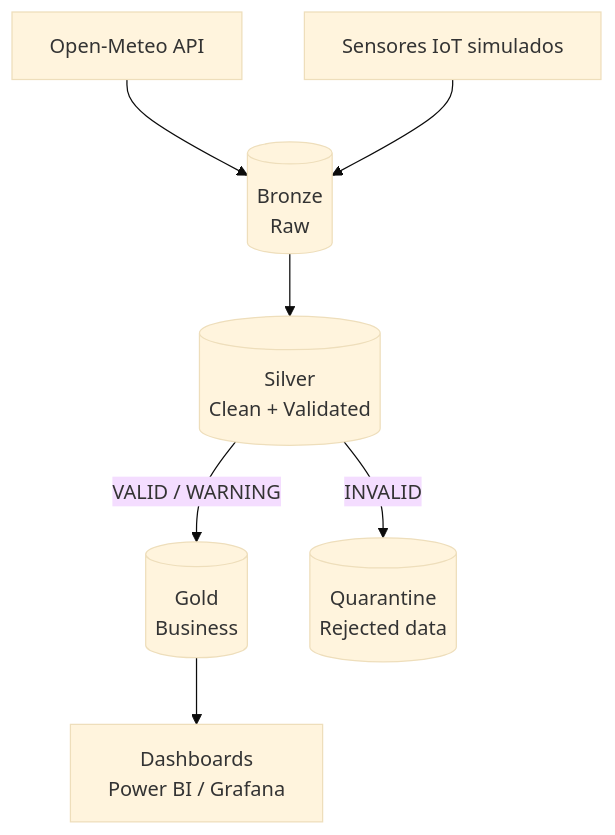
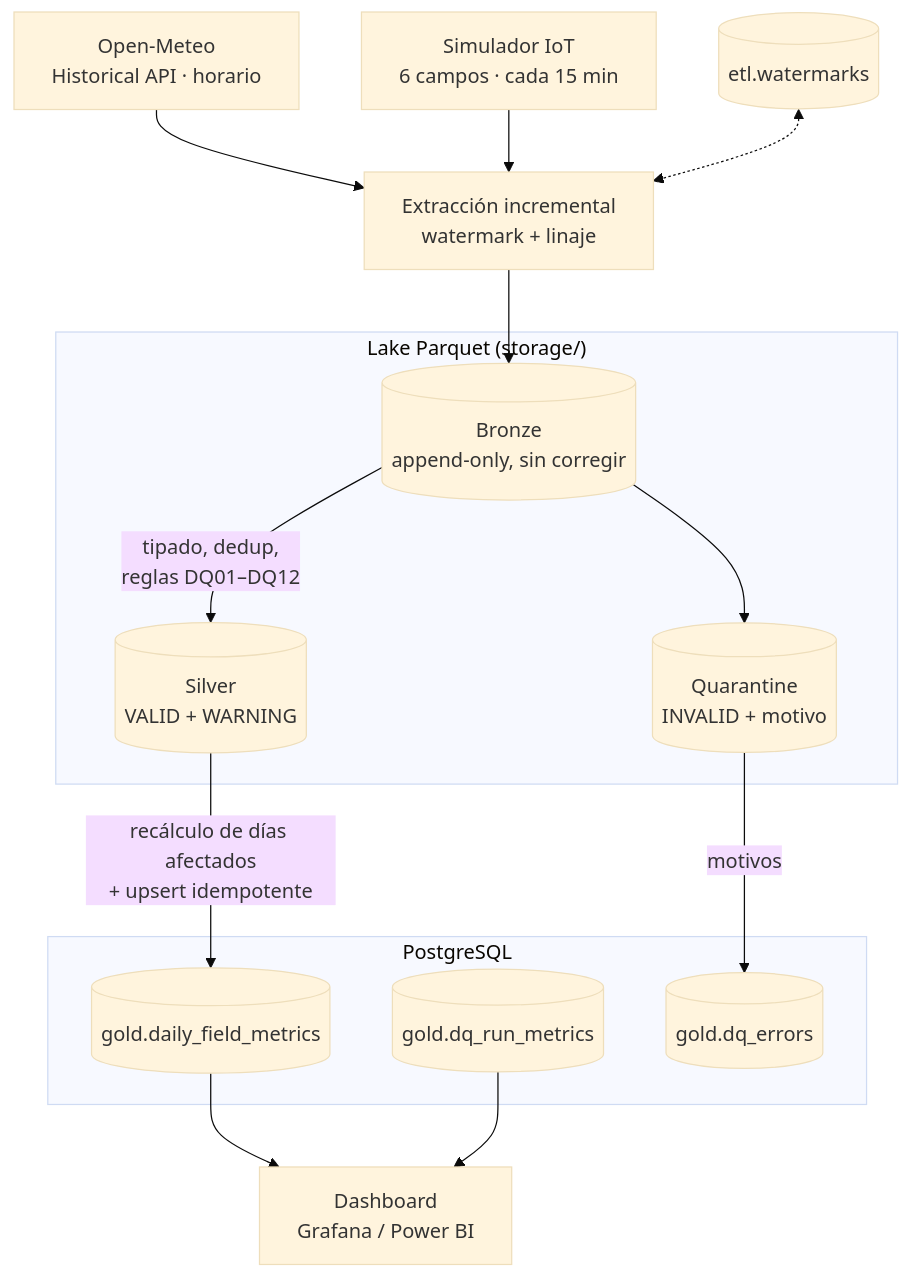
The diagram in README.md (mattposs/ingSoftware2026), drawn with Mermaid (base theme) before and after one commit. The commit also changed other lines of this file and 87 other files, not shown here.

````diff
--- a/README.md
+++ b/README.md
@@ -82,9 +61,23 @@
 ```mermaid
 flowchart TD
-    A[Open-Meteo API] --> C
-    B[Sensores IoT simulados] --> C
-    C[(Bronze<br/>Raw)] --> D[(Silver<br/>Clean + Validated)]
-    D -->|VALID / WARNING| E[(Gold<br/>Business)]
-    D -->|INVALID| F[(Quarantine<br/>Rejected data)]
-    E --> G[Dashboards<br/>Power BI / Grafana]
+    A[Open-Meteo<br/>Historical API · horario] --> X
+    B[Simulador IoT<br/>6 campos · cada 15 min] --> X
+    X[Extracción incremental<br/>watermark + linaje] --> C
+    W[(etl.watermarks)] <-.-> X
+    subgraph Lake["Lake Parquet (storage/)"]
+        C[(Bronze<br/>append-only, sin corregir)]
+        D[(Silver<br/>VALID + WARNING)]
+        F[(Quarantine<br/>INVALID + motivo)]
+    end
+    C -->|tipado, dedup,<br/>reglas DQ01–DQ12| D
+    C --> F
+    subgraph PG["PostgreSQL"]
+        E[(gold.daily_field_metrics)]
+        M[(gold.dq_run_metrics)]
+        R[(gold.dq_errors)]
+    end
+    D -->|recálculo de días afectados<br/>+ upsert idempotente| E
+    F -->|motivos| R
+    E --> G[Dashboard<br/>Grafana / Power BI]
+    M --> G
 ```
````
